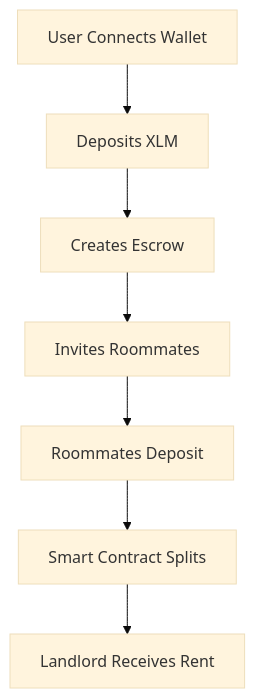
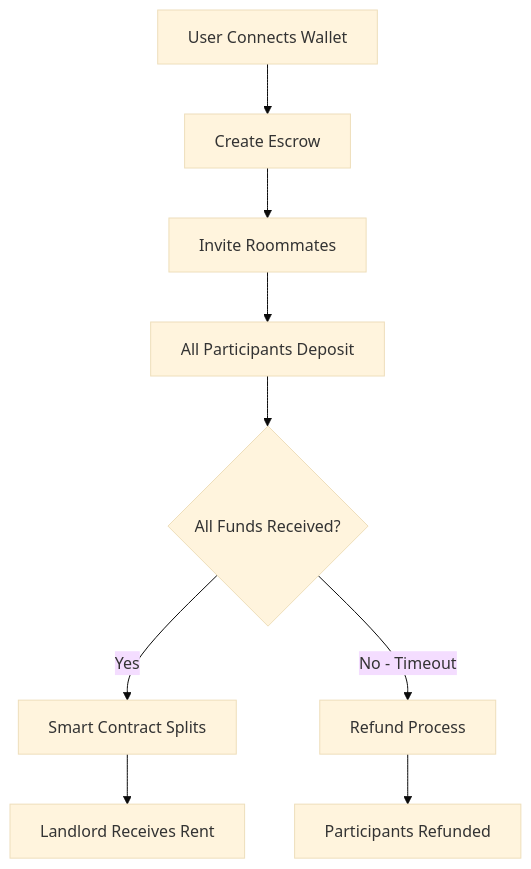
Before and after one commit to x0lg0n/Rent-Payment-Splitter: the diagram in README.md, drawn with Mermaid (base theme). The commit also changed other lines of this file and 7 other files, not shown here.

````diff
--- a/README.md
+++ b/README.md
@@ -166,9 +107,11 @@
 ```mermaid
 graph TB
-    A[User Connects Wallet] --> B[Deposits XLM]
-    B --> C[Creates Escrow]
-    C --> D[Invites Roommates]
-    D --> E[Roommates Deposit]
-    E --> F[Smart Contract Splits]
-    F --> G[Landlord Receives Rent]
+    A[User Connects Wallet] --> B[Create Escrow]
+    B --> C[Invite Roommates]
+    C --> D[All Participants Deposit]
+    D --> E{All Funds Received?}
+    E -->|Yes| F[Smart Contract Splits]
+    E -->|No - Timeout| G[Refund Process]
+    F --> H[Landlord Receives Rent]
+    G --> I[Participants Refunded]
 ```
````
